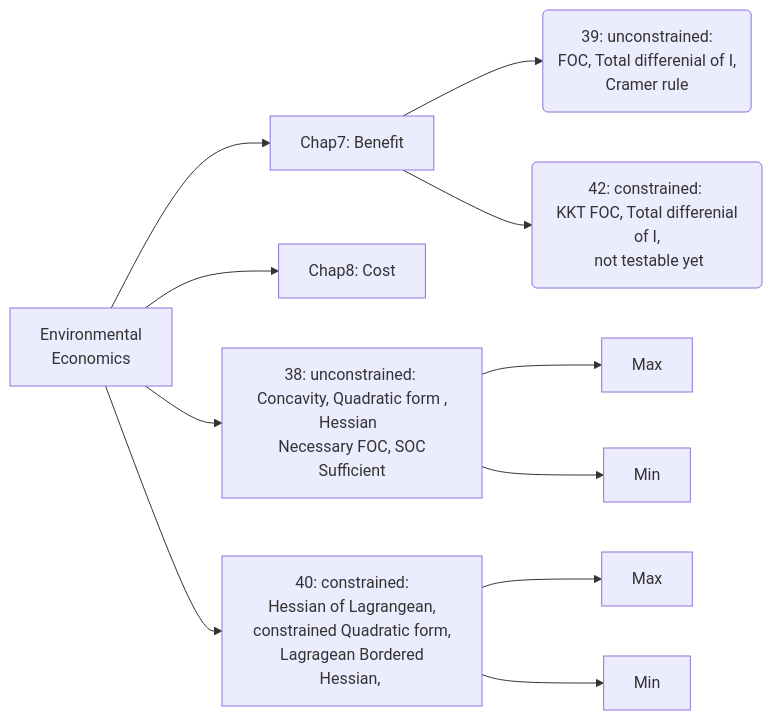
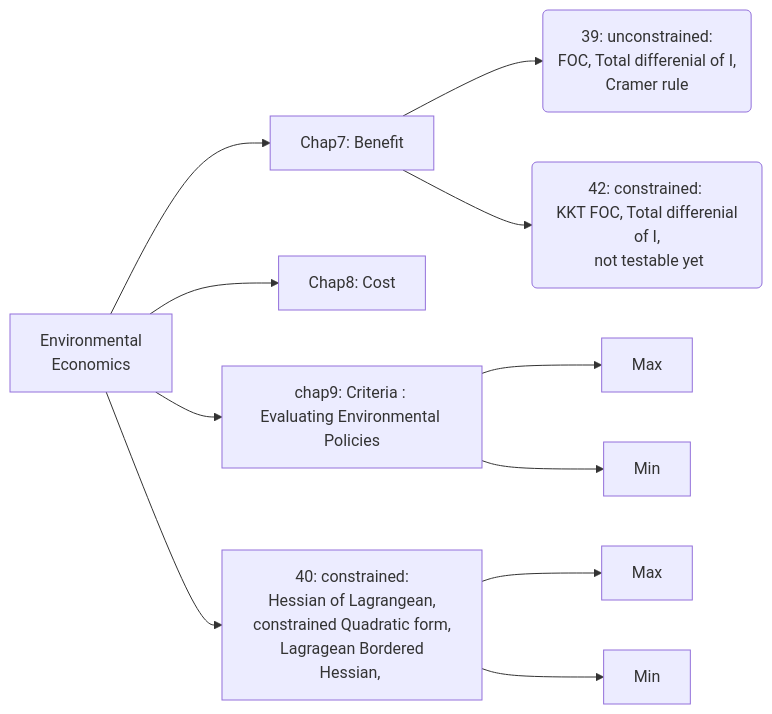
One commit to snowdj/ECON changed the diagram in _posts/2017-04-13-381-final-2017.md. Above: the diagram before and after it, drawn with Mermaid.

```diff
--- a/_posts/2017-04-13-381-final-2017.md
+++ b/_posts/2017-04-13-381-final-2017.md
@@ -22,14 +22,14 @@
 <div class="mermaid">
 graph LR
       id0[Environmental <br> Economics]-->id1[Chap7: Benefit]
       id0[Environmental <br> Economics]-->id2[Chap8: Cost]
-      id0[Environmental <br> Economics]-->id3[38: unconstrained: <br> Concavity, Quadratic form , Hessian  <br> Necessary FOC, SOC Sufficient]
+      id0[Environmental <br> Economics]-->id3[chap9: Criteria : <br>Evaluating Environmental Policies]
       id0[Environmental <br> Economics]-->id4[40: constrained:<br> Hessian of Lagrangean, <br>constrained Quadratic form,<br> Lagragean Bordered Hessian, <br> ]
      id3-->id5[Max]
      id3-->id6[Min]
      id4-->Max
      id4-->Min
      id1-->id7(39: unconstrained:<br> FOC, Total differenial of I,<br> Cramer rule  )
      id1-->id8(42: constrained: <br> KKT FOC, Total differenial of I,<br> not testable yet)
      
  </div>
```
